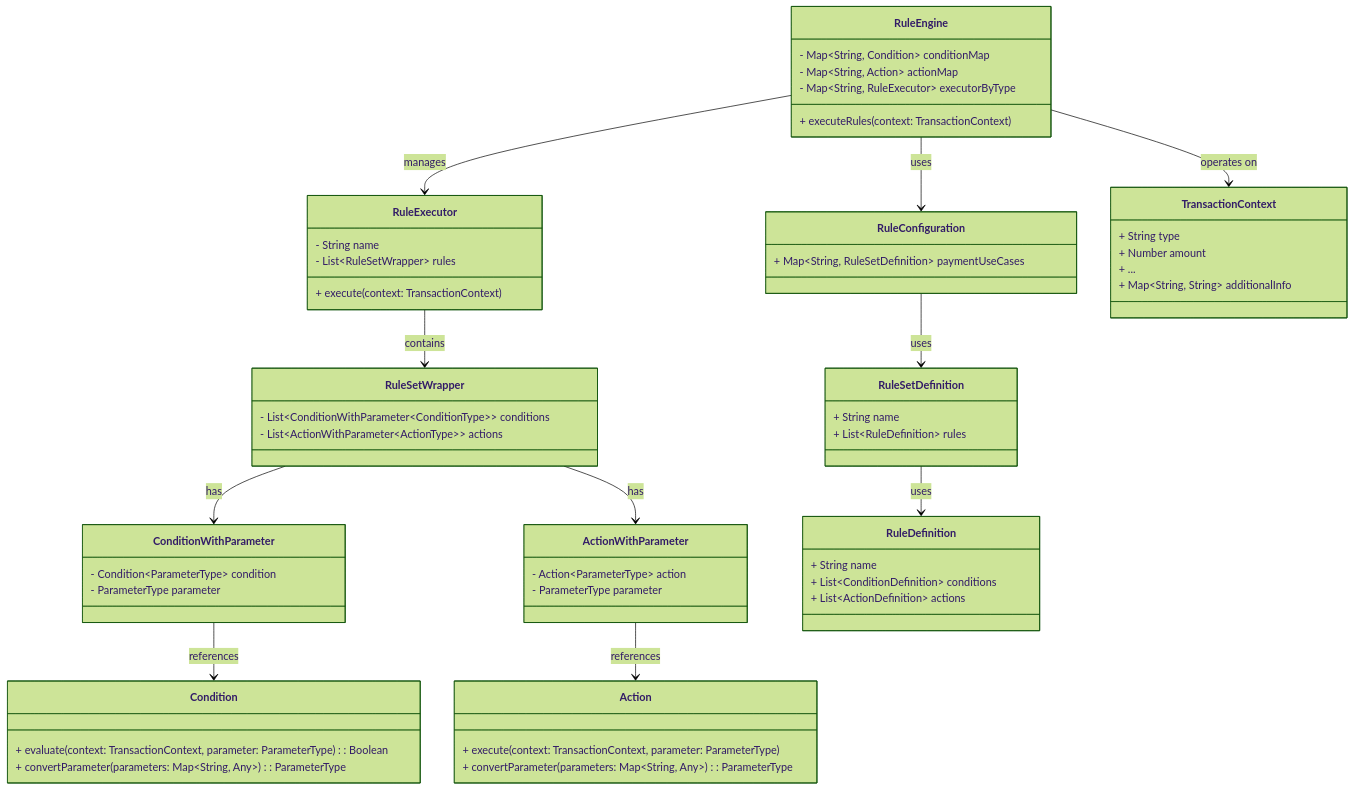
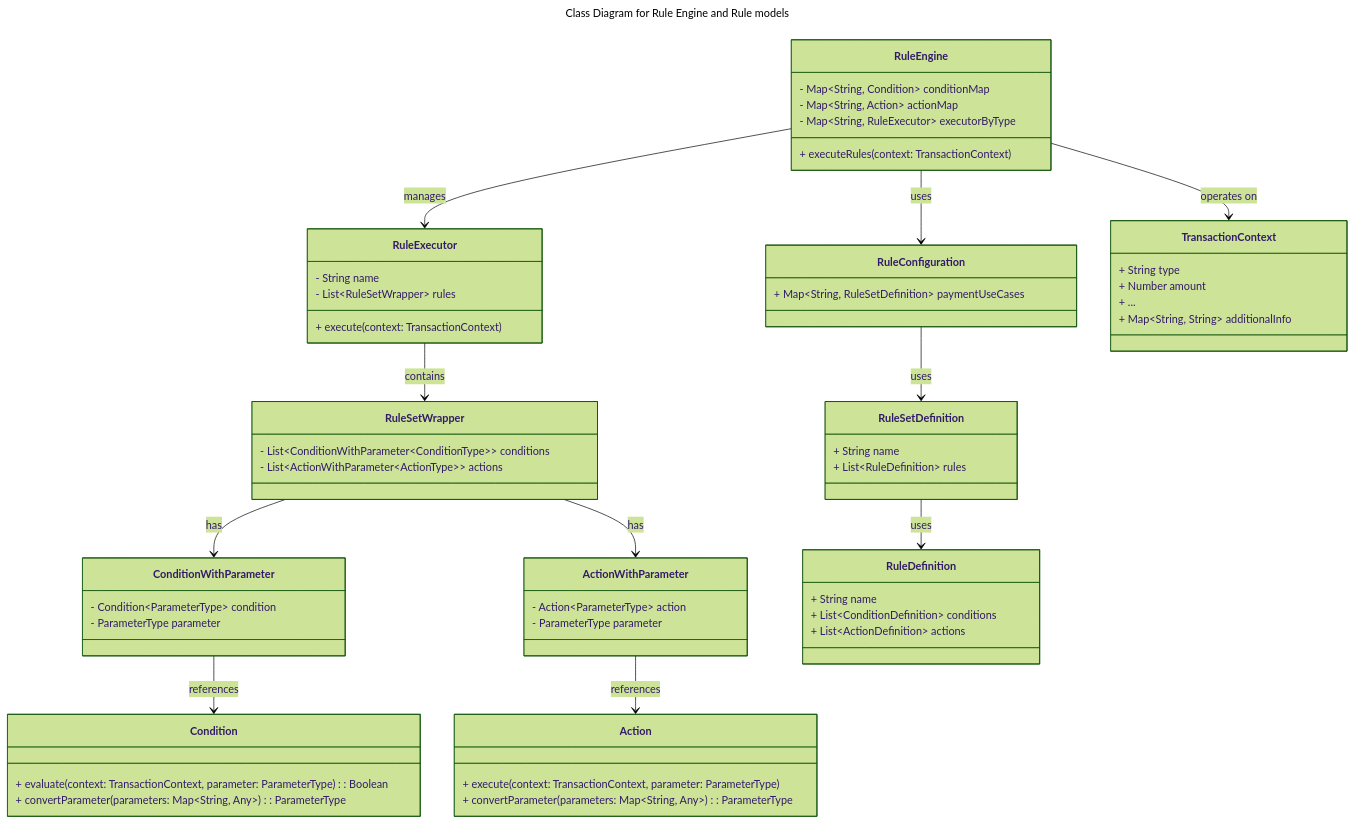
The first of 3 diagrams in README.md (thanhtrixx/rule-engine), drawn with Mermaid (forest theme) before and after one commit. The commit also changed other lines of this file, not shown here.

Commit message:
Enhance Flowchart and Class diagram

````diff
--- a/README.md
+++ b/README.md
@@ -5,73 +5,76 @@
 ```mermaid
+---
+title: Class Diagram for Rule Engine and Rule models
+---
 classDiagram
     class RuleEngine {
         - Map~String, Condition~ conditionMap
         - Map~String, Action~ actionMap
         - Map~String, RuleExecutor~ executorByType
         + executeRules(context: TransactionContext)
     }
 
     class RuleExecutor {
         - String name
         - List~RuleSetWrapper~ rules
         + execute(context: TransactionContext)
     }
 
     class RuleSetWrapper {
         - List~ConditionWithParameter~ConditionType~~ conditions
         - List~ActionWithParameter~ActionType~~ actions
     }
 
     class ConditionWithParameter {
         - Condition~ParameterType~ condition
         - ParameterType parameter
     }
 
     class ActionWithParameter {
         - Action~ParameterType~ action
         - ParameterType parameter
     }
 
     class RuleConfiguration {
         + Map~String, RuleSetDefinition~ paymentUseCases
     }
 
 
     class RuleSetDefinition {
         + String name
         + List~RuleDefinition~ rules
     }
     class RuleDefinition {
         + String name
         + List~ConditionDefinition~ conditions
         + List~ActionDefinition~ actions
     }
 
     class TransactionContext {
         + String type
         + Number amount
         + ...
         + Map~String, String~ additionalInfo
     }
 
     class Condition {
         + evaluate(context: TransactionContext, parameter: ParameterType): Boolean
         + convertParameter(parameters: Map~String, Any~): ParameterType
     }
 
     class Action {
         + execute(context: TransactionContext, parameter: ParameterType)
         + convertParameter(parameters: Map~String, Any~): ParameterType
     }
 
     RuleEngine --> RuleExecutor : manages
     RuleExecutor --> RuleSetWrapper : contains
     RuleSetWrapper --> ConditionWithParameter : has
     RuleSetWrapper --> ActionWithParameter : has
     RuleEngine --> RuleConfiguration : uses
     RuleConfiguration --> RuleSetDefinition : uses
     RuleSetDefinition --> RuleDefinition : uses
     ConditionWithParameter --> Condition : references
     ActionWithParameter --> Action : references
     RuleEngine --> TransactionContext : operates on
 ```
````
